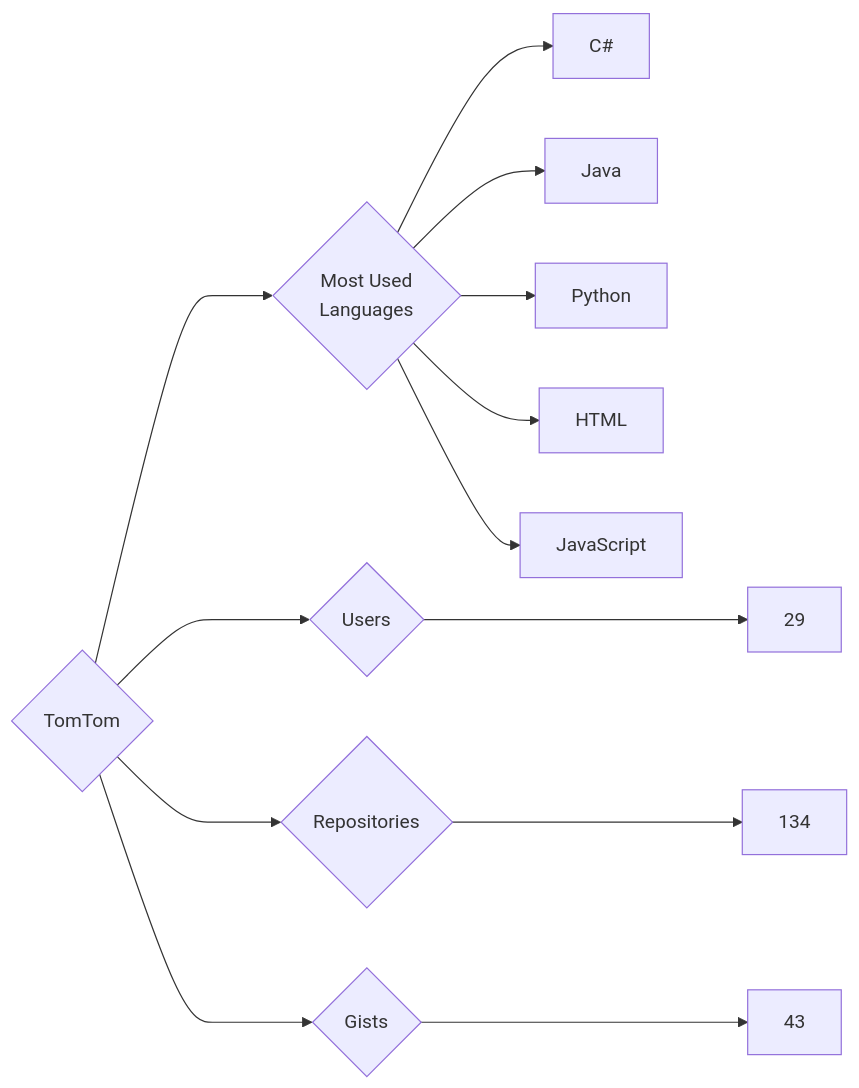
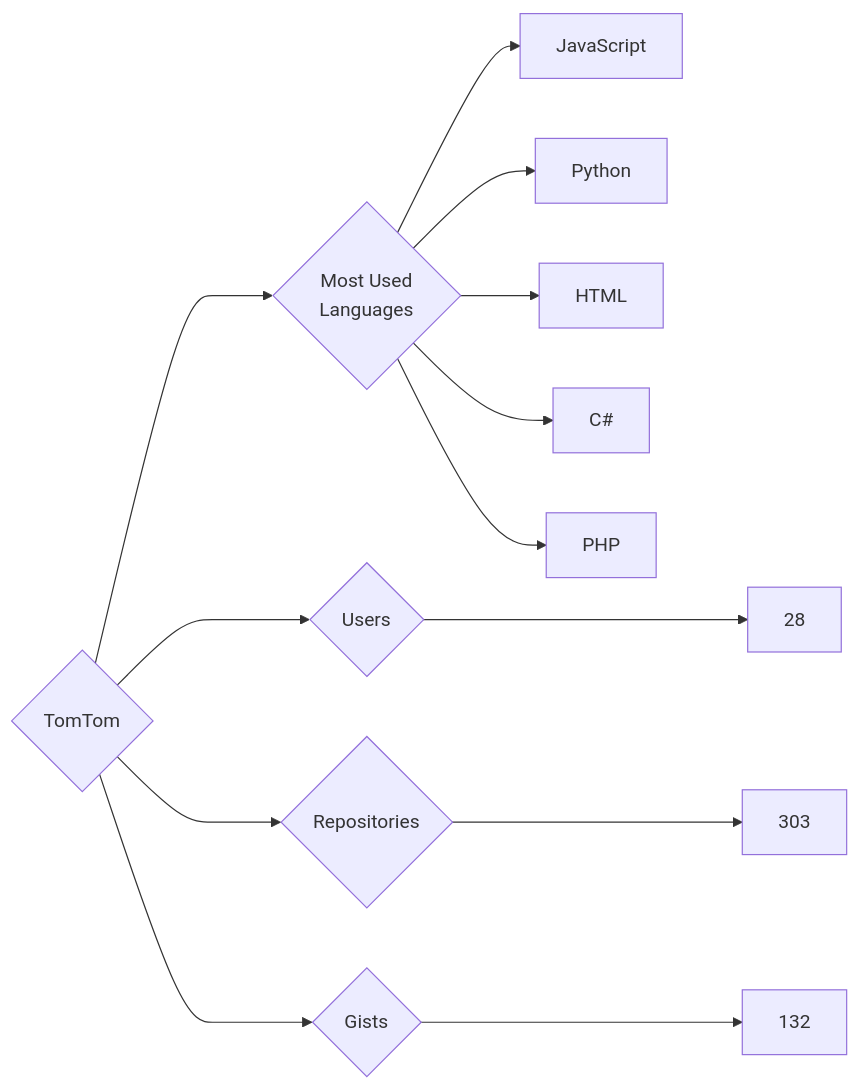
One commit to trickest/insiders changed the diagram in targets/TomTom/README.md. Above: the diagram before and after it, drawn with Mermaid. The commit also changed 964 other files, not shown here.

````diff
--- a/targets/TomTom/README.md
+++ b/targets/TomTom/README.md
@@ -3,13 +3,13 @@
 ```mermaid
 graph LR
 COMPANY_NAME{TomTom}
-COMPANY_NAME ---> U{Users} ---> UN[29]
-COMPANY_NAME ---> R{Repositories} ---> RN[134]
-COMPANY_NAME ---> G{Gists} ---> GN[43]
+COMPANY_NAME ---> U{Users} ---> UN[28]
+COMPANY_NAME ---> R{Repositories} ---> RN[303]
+COMPANY_NAME ---> G{Gists} ---> GN[132]
 COMPANY_NAME ---> ML{Most Used<br>Languages}
-ML --> C#[C#]
-ML --> Java[Java]
+ML --> JavaScript[JavaScript]
 ML --> Python[Python]
 ML --> HTML[HTML]
-ML --> JavaScript[JavaScript]
+ML --> C#[C#]
+ML --> PHP[PHP]
 ```
````
